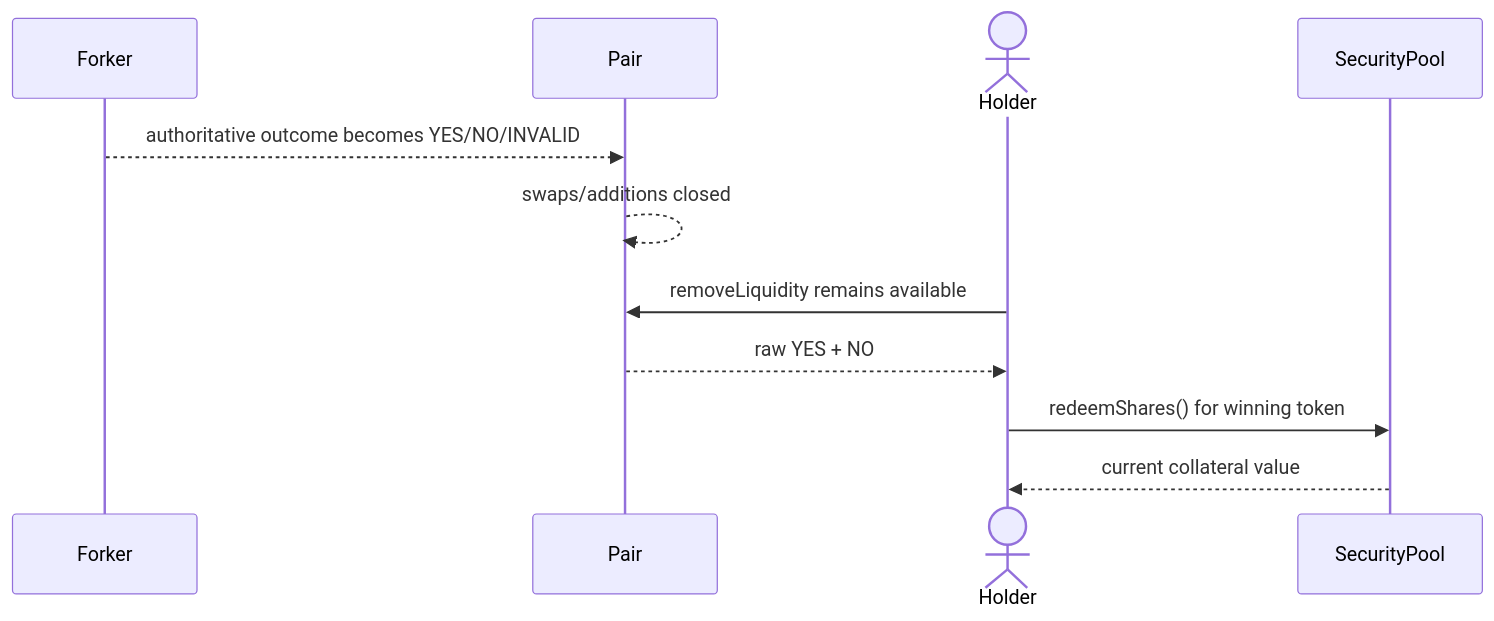
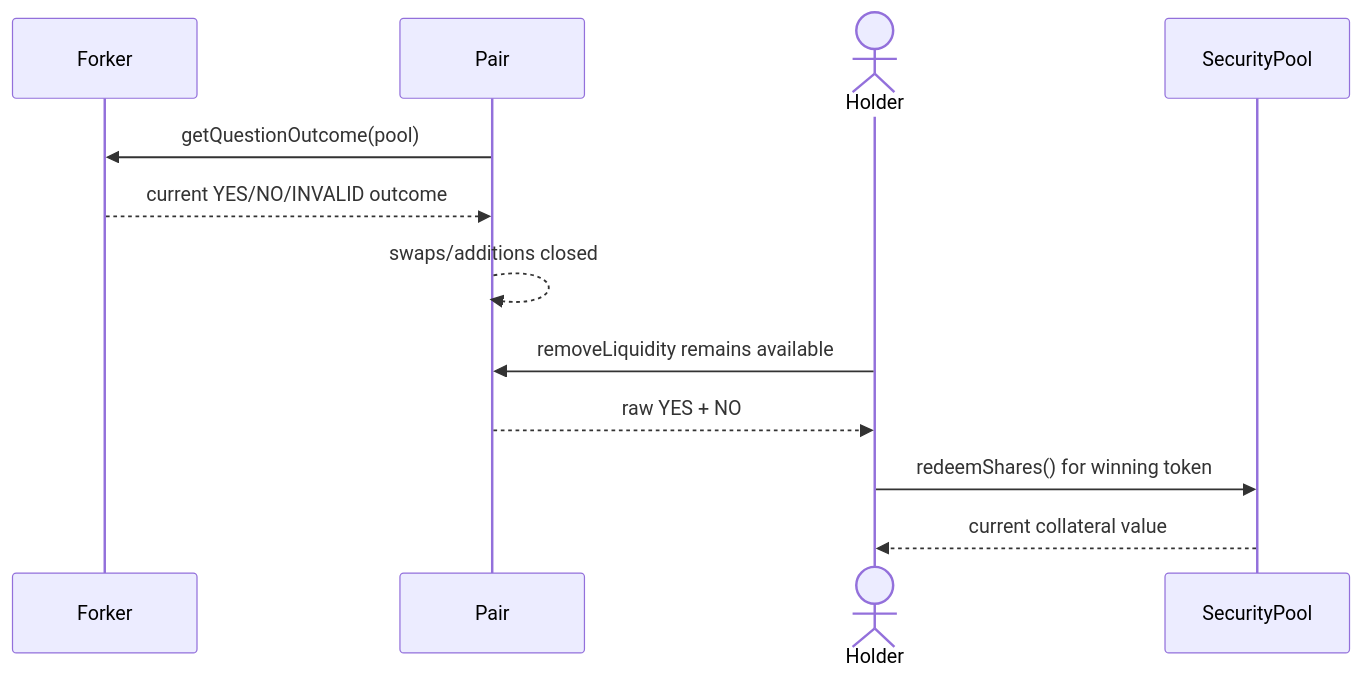
The second of 2 diagrams in trading/docs/explanation/forks-and-resolution.md (AugurProject/zoltar), drawn with Mermaid before and after one commit. The commit also changed 5 other files, not shown here.

````diff
--- a/trading/docs/explanation/forks-and-resolution.md
+++ b/trading/docs/explanation/forks-and-resolution.md
@@ -23,13 +23,14 @@
 ```mermaid
 sequenceDiagram
     participant Forker
     participant Pair
     actor Holder
     participant Pool as SecurityPool
-    Forker-->>Pair: authoritative outcome becomes YES/NO/INVALID
+    Pair->>Forker: getQuestionOutcome(pool)
+    Forker-->>Pair: current YES/NO/INVALID outcome
     Pair-->>Pair: swaps/additions closed
     Holder->>Pair: removeLiquidity remains available
     Pair-->>Holder: raw YES + NO
     Holder->>Pool: redeemShares() for winning token
     Pool-->>Holder: current collateral value
 ```
````
